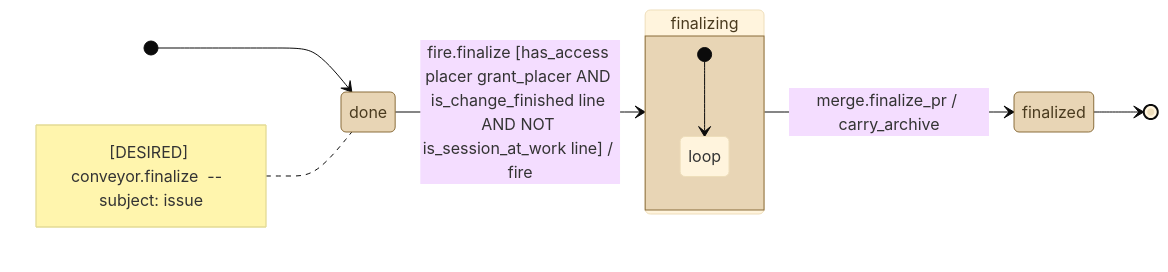
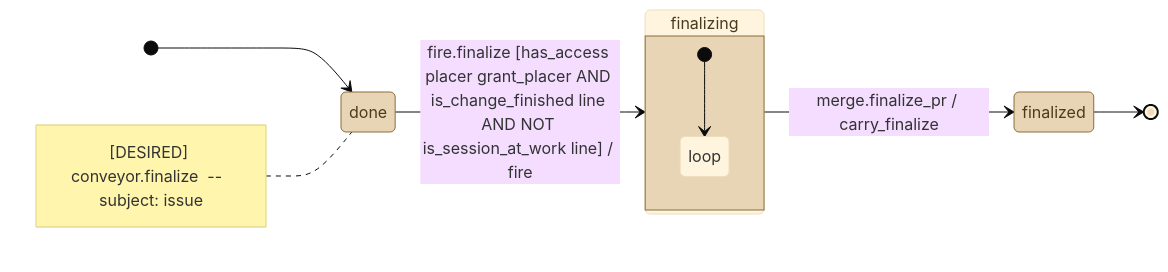
One commit to kostiantyn-matsebora/agent-ops-operator changed the diagram in .github/conveyor-model/mermaid/desired/conveyor_finalize.mmd. Above: the diagram before and after it, drawn with Mermaid (base theme). The commit also changed 3 other files, not shown here.

```diff
--- a/.github/conveyor-model/mermaid/desired/conveyor_finalize.mmd
+++ b/.github/conveyor-model/mermaid/desired/conveyor_finalize.mmd
@@ -1,19 +1,19 @@
 stateDiagram-v2
     direction LR
     [*] --> done
     note left of done
         [DESIRED] conveyor.finalize  --  subject: issue
     end note
     classDef stationState fill:#e8d5b5,stroke:#8a6d3b,color:#4a3b1f
     classDef loopState fill:#c9e4de,stroke:#2f6b5e,color:#1a3b33
     state done
     state finalizing
     state finalized
     done --> finalizing : fire.finalize [has_access placer grant_placer AND is_change_finished line AND NOT is_session_at_work line] / fire
-    finalizing --> finalized : merge.finalize_pr / carry_archive
+    finalizing --> finalized : merge.finalize_pr / carry_finalize
     finalized --> [*]
     class done, finalizing, finalized stationState
     state finalizing {
         [*] --> loop
         state "loop" as loop
     }
```
